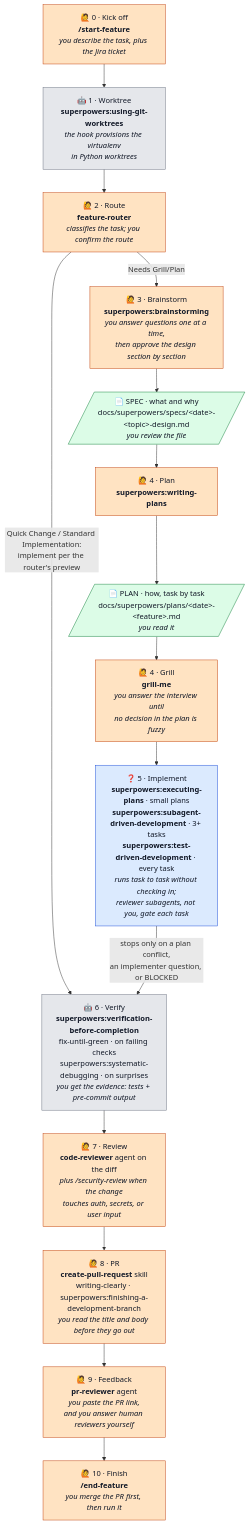
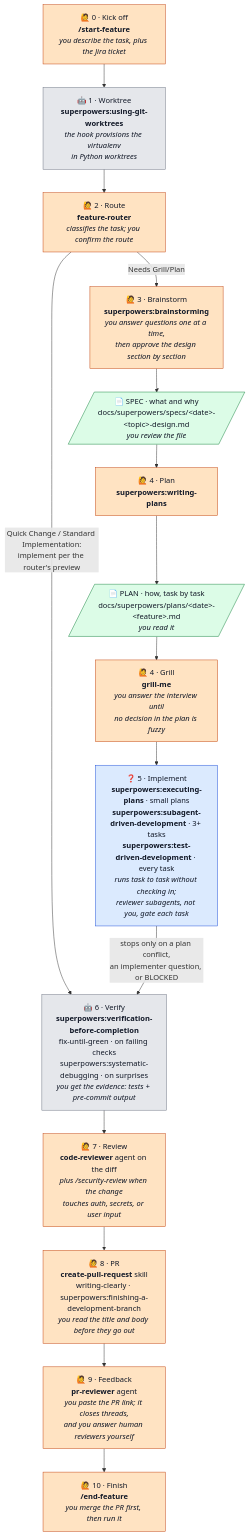
Before and after one commit to bertini36/dotfiles: the diagram in README.md, drawn with Mermaid. The commit also changed other lines of this file and 3 other files, not shown here.

````diff
--- a/README.md
+++ b/README.md
@@ -165,35 +165,35 @@
 ```mermaid
 flowchart TD
     K["🙋 0 · Kick off<br><b>/start-feature</b><br><i>you describe the task, plus the Jira ticket</i>"]
     W["🤖 1 · Worktree<br><b>superpowers:using-git-worktrees</b><br><i>the hook provisions the virtualenv<br>in Python worktrees</i>"]
     RT["🙋 2 · Route<br><b>feature-router</b><br><i>classifies the task; you confirm the route</i>"]
     B["🙋 3 · Brainstorm<br><b>superpowers:brainstorming</b><br><i>you answer questions one at a time,<br>then approve the design section by section</i>"]
     SPEC[/"📄 SPEC · what and why<br>docs/superpowers/specs/&lt;date&gt;-&lt;topic&gt;-design.md<br><i>you review the file</i>"/]
     P["🙋 4 · Plan<br><b>superpowers:writing-plans</b>"]
     PLAN[/"📄 PLAN · how, task by task<br>docs/superpowers/plans/&lt;date&gt;-&lt;feature&gt;.md<br><i>you read it</i>"/]
     G["🙋 4 · Grill<br><b>grill-me</b><br><i>you answer the interview until<br>no decision in the plan is fuzzy</i>"]
     I["❓ 5 · Implement<br><b>superpowers:executing-plans</b> · small plans<br><b>superpowers:subagent-driven-development</b> · 3+ tasks<br><b>superpowers:test-driven-development</b> · every task<br><i>runs task to task without checking in;<br>reviewer subagents, not you, gate each task</i>"]
     Y["🤖 6 · Verify<br><b>superpowers:verification-before-completion</b><br>fix-until-green · on failing checks<br>superpowers:systematic-debugging · on surprises<br><i>you get the evidence: tests + pre-commit output</i>"]
     R["🙋 7 · Review<br><b>code-reviewer</b> agent on the diff<br><i>plus /security-review when the change<br>touches auth, secrets, or user input</i>"]
     PR["🙋 8 · PR<br><b>create-pull-request</b> skill<br>writing-clearly · superpowers:finishing-a-development-branch<br><i>you read the title and body before they go out</i>"]
-    F["🙋 9 · Feedback<br><b>pr-reviewer</b> agent<br><i>you paste the PR link,<br>and you answer human reviewers yourself</i>"]
+    F["🙋 9 · Feedback<br><b>pr-reviewer</b> agent<br><i>you paste the PR link; it closes threads,<br>and you answer human reviewers yourself</i>"]
     Z["🙋 10 · Finish<br><b>/end-feature</b><br><i>you merge the PR first, then run it</i>"]
 
     K --> W --> RT
     RT -- "Quick Change / Standard Implementation:<br>implement per the router's preview" --> Y
     RT -- "Needs Grill/Plan" --> B
     B --> SPEC --> P
     P --> PLAN --> G
     G --> I
     I -- "stops only on a plan conflict,<br>an implementer question, or BLOCKED" --> Y
     Y --> R --> PR --> F --> Z
 
     classDef you fill:#FFE3C2,stroke:#C2410C,color:#111827
     classDef auto fill:#E5E7EB,stroke:#6B7280,color:#111827
     classDef ask fill:#DBEAFE,stroke:#1D4ED8,color:#111827
     classDef doc fill:#DCFCE7,stroke:#15803D,color:#111827
     class K,RT,B,P,G,R,PR,F,Z you
     class W,Y auto
     class I ask
     class SPEC,PLAN doc
 ```
````
